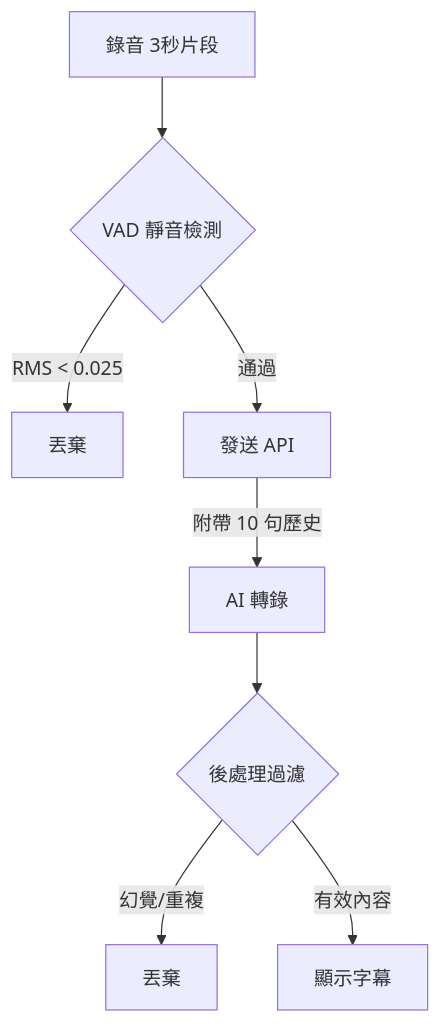
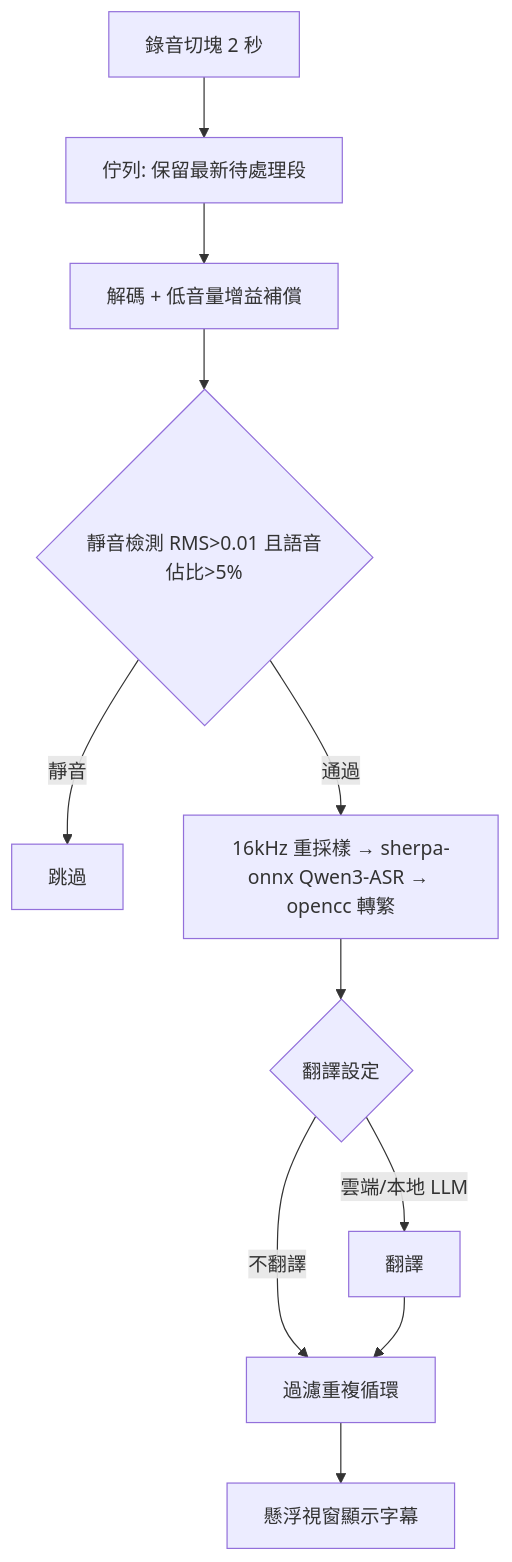
One commit to RX5950XT/VoiceInk changed the diagram in README.md. Above: the diagram before and after it, drawn with Mermaid. The commit also changed other lines of this file and 24 other files, not shown here.

````diff
--- a/README.md
+++ b/README.md
@@ -83,10 +94,13 @@
 ```mermaid
 graph TD
-    A[錄音 3秒片段] --> B{VAD 靜音檢測}
-    B -- RMS < 0.025 --> C[丟棄]
-    B -- 通過 --> D[發送 API]
-    D -- 附帶 10 句歷史 --> E[AI 轉錄]
-    E --> F{後處理過濾}
-    F -- 幻覺/重複 --> G[丟棄]
-    F -- 有效內容 --> H[顯示字幕]
+    A[錄音切塊 2 秒] --> Q[佇列: 保留最新待處理段]
+    Q --> B[解碼 + 低音量增益補償]
+    B --> C{靜音檢測 RMS>0.01 且語音佔比>5%}
+    C -- 靜音 --> X[跳過]
+    C -- 通過 --> E[16kHz 重採樣 → sherpa-onnx Qwen3-ASR → opencc 轉繁]
+    E --> T{翻譯設定}
+    T -- 雲端/本地 LLM --> F[翻譯]
+    T -- 不翻譯 --> G
+    F --> G[過濾重複循環]
+    G --> J[懸浮視窗顯示字幕]
 ```
````
